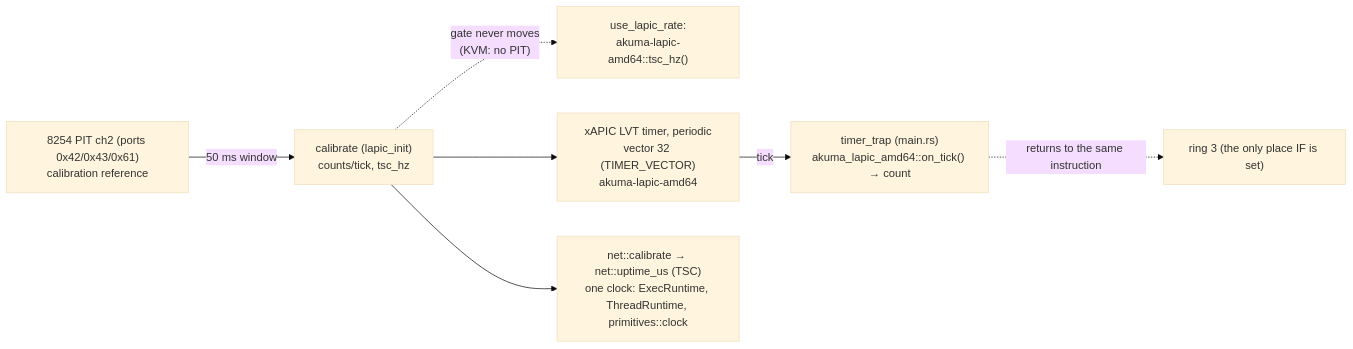
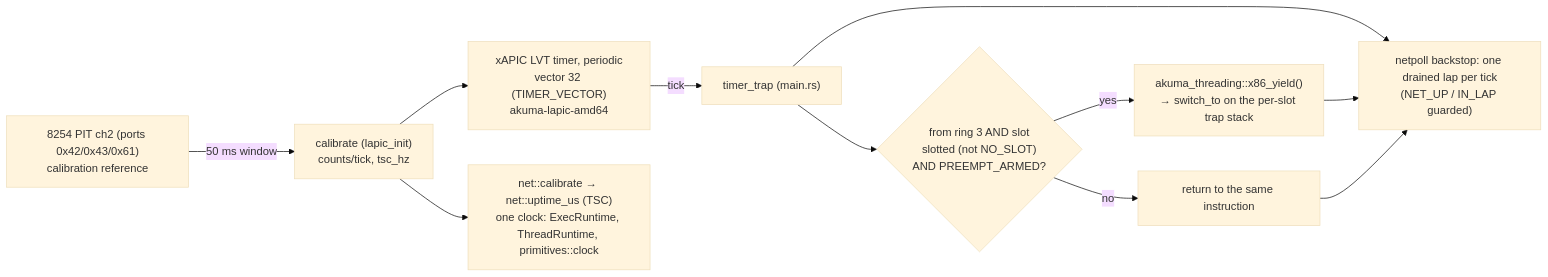
Before and after one commit to netoneko/akuma: the diagram in taoxichuan/docs/diagrams/scheduling.md, drawn with Mermaid (base theme). The commit also changed 31 other files, not shown here.

````diff
--- a/taoxichuan/docs/diagrams/scheduling.md
+++ b/taoxichuan/docs/diagrams/scheduling.md
@@ -6,9 +6,13 @@
 ```mermaid
 flowchart LR
     PIT["8254 PIT ch2 (ports 0x42/0x43/0x61)<br/>calibration reference"] -->|50 ms window| CAL["calibrate (lapic_init)<br/>counts/tick, tsc_hz"]
-    CAL -.->|"gate never moves<br/>(KVM: no PIT)"| LAP["use_lapic_rate:<br/>akuma-lapic-amd64::tsc_hz()"]
     CAL --> LVT["xAPIC LVT timer, periodic<br/>vector 32 (TIMER_VECTOR)<br/>akuma-lapic-amd64"]
-    LVT -->|tick| TT["timer_trap (main.rs)<br/>akuma_lapic_amd64::on_tick() → count"]
+    LVT -->|tick| TT["timer_trap (main.rs)"]
     CAL --> CLK["net::calibrate → net::uptime_us (TSC)<br/>one clock: ExecRuntime, ThreadRuntime, primitives::clock"]
-    TT -.->|returns to the same instruction| R3["ring 3 (the only place IF is set)"]
+    TT --> G{"from ring 3 AND slot<br/>slotted (not NO_SLOT)<br/>AND PREEMPT_ARMED?"}
+    G -->|yes| Y["akuma_threading::x86_yield()<br/>→ switch_to on the per-slot trap stack"]
+    G -->|no| R["return to the same instruction"]
+    TT --> NP["netpoll backstop: one drained lap per tick<br/>(NET_UP / IN_LAP guarded)"]
+    Y --> NP
+    R --> NP
 ```
````
